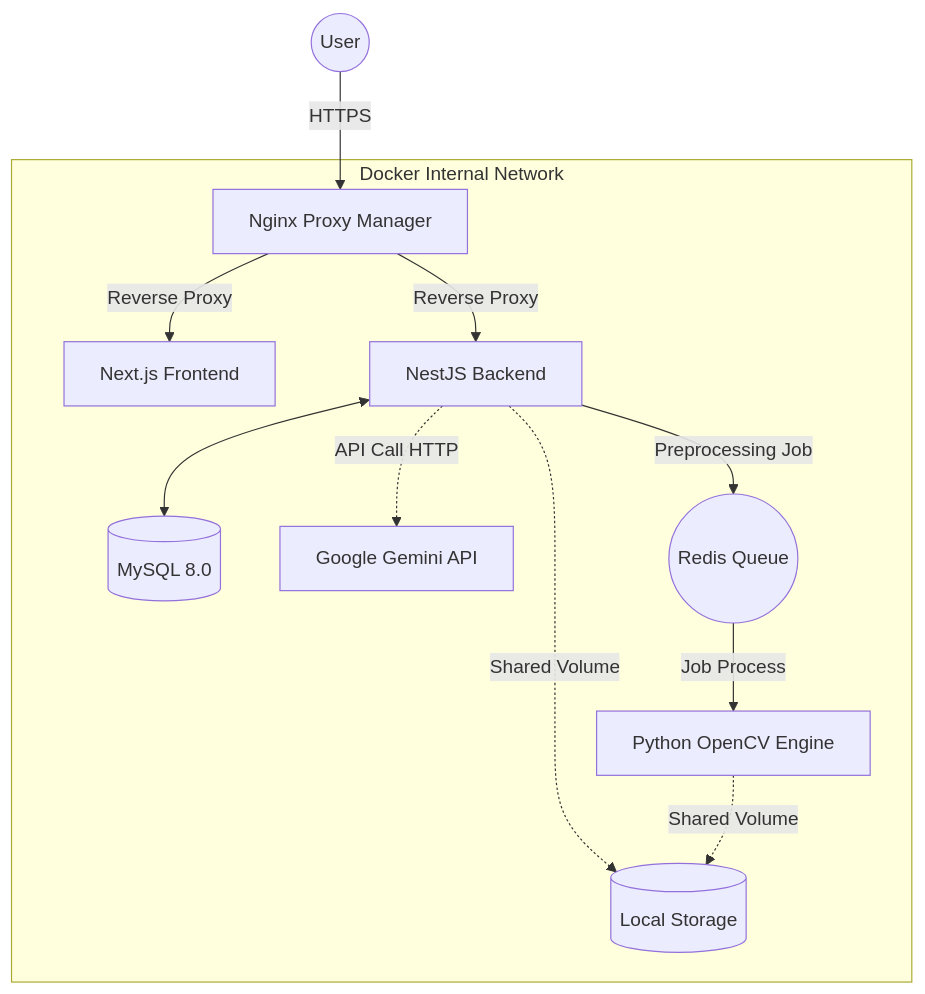
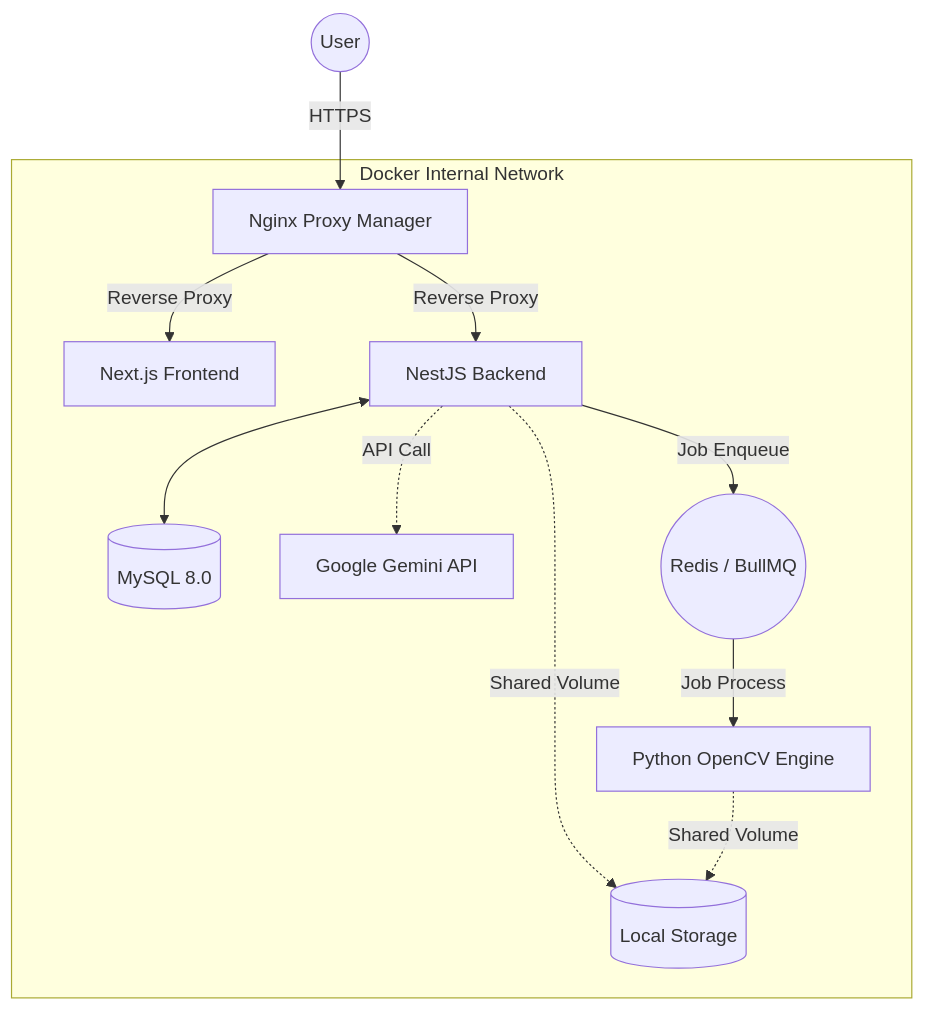
Before and after one commit to ParkSangBong/drawing-project: the diagram in README.md, drawn with Mermaid. The commit also changed other lines of this file, not shown here.

````diff
--- a/README.md
+++ b/README.md
@@ -79,22 +29,17 @@
 ```mermaid
 flowchart TD
     User((User)) -->|HTTPS| NPM[Nginx Proxy Manager]
-    
+
     subgraph "Docker Internal Network"
         NPM -->|Reverse Proxy| Front[Next.js Frontend]
         NPM -->|Reverse Proxy| Back[NestJS Backend]
-        
+
         Back <--> DB[(MySQL 8.0)]
-        
-        %% 괄호 '()'가 파싱 오류를 일으킬 수 있어 제거하거나 이스케이프해야 함
-        Back -.->|API Call HTTP| Gemini[Google Gemini API]
-        
-        %% 라벨 문법 통일 (-->|Text|)
-        Back -->|Preprocessing Job| Redis((Redis Queue))
+        Back -.->|API Call| Gemini[Google Gemini API]
+        Back -->|Job Enqueue| Redis((Redis / BullMQ))
         Redis -->|Job Process| Engine[Python OpenCV Engine]
-        
-        %% 파일 공유
+
         Back -.->|Shared Volume| Storage[(Local Storage)]
         Engine -.->|Shared Volume| Storage
     end
 ```
````
